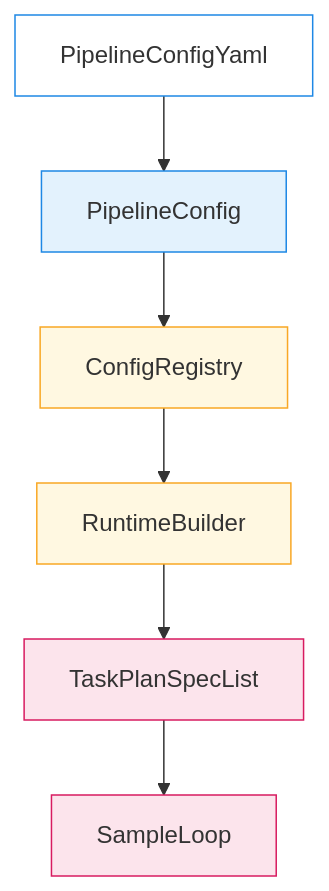
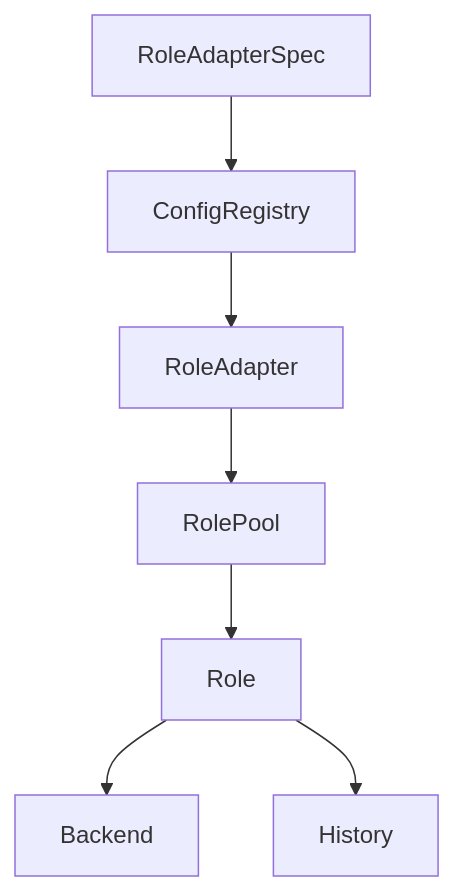
One commit to HiThink-Research/GAGE changed the fourth of 12 diagrams in README.md. Above: the diagram before and after it, drawn with Mermaid. The commit also changed other lines of this file and 42 other files, not shown here.

````diff
--- a/README.md
+++ b/README.md
@@ -730,15 +289,9 @@
 ```mermaid
 flowchart TD
-  Yaml[PipelineConfigYaml] --> Schema[PipelineConfig]
-  Schema --> Registry[ConfigRegistry]
-  Registry --> Runtime[RuntimeBuilder]
-  Runtime --> Plans[TaskPlanSpecList]
-  Plans --> Loop[SampleLoop]
-
-  style Yaml fill:#ffffff,stroke:#1e88e5
-  style Schema fill:#e3f2fd,stroke:#1e88e5
-  style Registry fill:#fff8e1,stroke:#f9a825
-  style Runtime fill:#fff8e1,stroke:#f9a825
-  style Plans fill:#fce4ec,stroke:#d81b60
-  style Loop fill:#fce4ec,stroke:#d81b60
+  Spec[RoleAdapterSpec] --> Reg[ConfigRegistry]
+  Reg --> Adpt[RoleAdapter]
+  Adpt --> Pool[RolePool]
+  Pool --> Role[Role]
+  Role --> Backend[Backend]
+  Role --> Hist[History]
 ```
````
